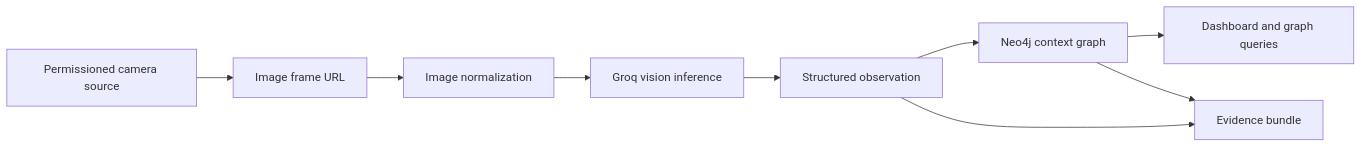
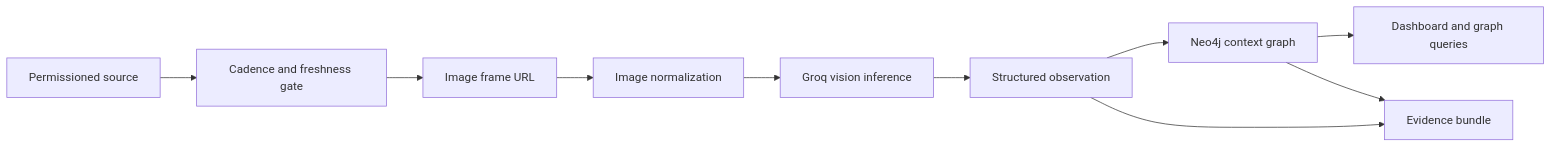
The diagram in docs/context/Pipeline_Explainer.md (rahshank/conservation-signal-graph), drawn with Mermaid before and after one commit. The commit also changed other lines of this file and 11 other files, not shown here.

Commit message:
Recenter source cadence gate

````diff
--- a/docs/context/Pipeline_Explainer.md
+++ b/docs/context/Pipeline_Explainer.md
@@ -10,11 +10,12 @@
 ```mermaid
 flowchart LR
-  A["Permissioned camera source"] --> B["Image frame URL"]
-  B --> C["Image normalization"]
-  C --> D["Groq vision inference"]
-  D --> E["Structured observation"]
-  E --> F["Neo4j context graph"]
-  F --> G["Dashboard and graph queries"]
-  E --> H["Evidence bundle"]
-  F --> H
+  A["Permissioned source"] --> B["Cadence and freshness gate"]
+  B --> C["Image frame URL"]
+  C --> D["Image normalization"]
+  D --> E["Groq vision inference"]
+  E --> F["Structured observation"]
+  F --> G["Neo4j context graph"]
+  G --> H["Dashboard and graph queries"]
+  F --> I["Evidence bundle"]
+  G --> I
 ```
````
